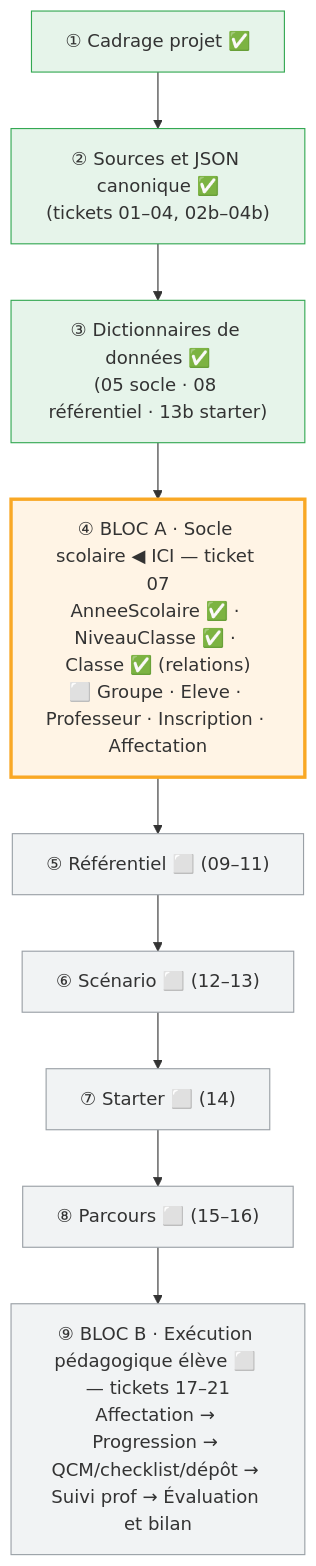
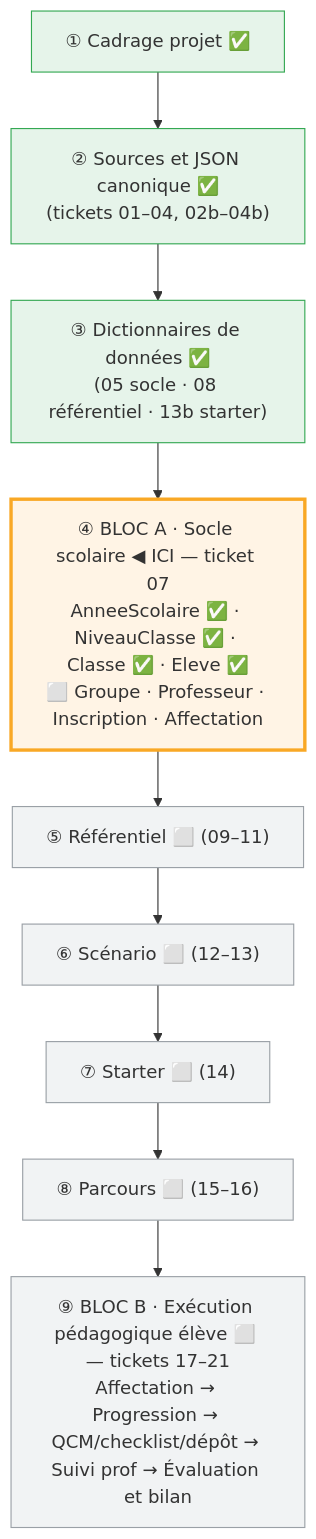
The diagram in docs/journal-de-progression.md (caucrogeGit/ReferenCiel-Manager), drawn with Mermaid before and after one commit. The commit also changed other lines of this file, not shown here.

Commit message:
docs(journal): ajout de l'entité Eleve (catalogue §6, état §9, historique §10.2, tunnel §11)

````diff
--- a/docs/journal-de-progression.md
+++ b/docs/journal-de-progression.md
@@ -485,19 +508,19 @@
 ```mermaid
 flowchart TD
     A["① Cadrage projet ✅"]
     B["② Sources et JSON canonique ✅<br/>(tickets 01–04, 02b–04b)"]
     C["③ Dictionnaires de données ✅<br/>(05 socle · 08 référentiel · 13b starter)"]
-    D["④ BLOC A · Socle scolaire ◀ ICI — ticket 07<br/>AnneeScolaire ✅ · NiveauClasse ✅ · Classe ✅ (relations)<br/>⬜ Groupe · Eleve · Professeur · Inscription · Affectation"]
+    D["④ BLOC A · Socle scolaire ◀ ICI — ticket 07<br/>AnneeScolaire ✅ · NiveauClasse ✅ · Classe ✅ · Eleve ✅<br/>⬜ Groupe · Professeur · Inscription · Affectation"]
     E["⑤ Référentiel ⬜ (09–11)"]
     F["⑥ Scénario ⬜ (12–13)"]
     G["⑦ Starter ⬜ (14)"]
     H["⑧ Parcours ⬜ (15–16)"]
     I["⑨ BLOC B · Exécution pédagogique élève ⬜ — tickets 17–21<br/>Affectation → Progression → QCM/checklist/dépôt → Suivi prof → Évaluation et bilan"]
     A --> B --> C --> D --> E --> F --> G --> H --> I
     classDef done fill:#e6f4ea,stroke:#34a853;
     classDef current fill:#fff4e5,stroke:#f9a825,stroke-width:3px;
     classDef todo fill:#f1f3f4,stroke:#9aa0a6;
     class A,B,C done
     class D current
     class E,F,G,H,I todo
 ```
````
